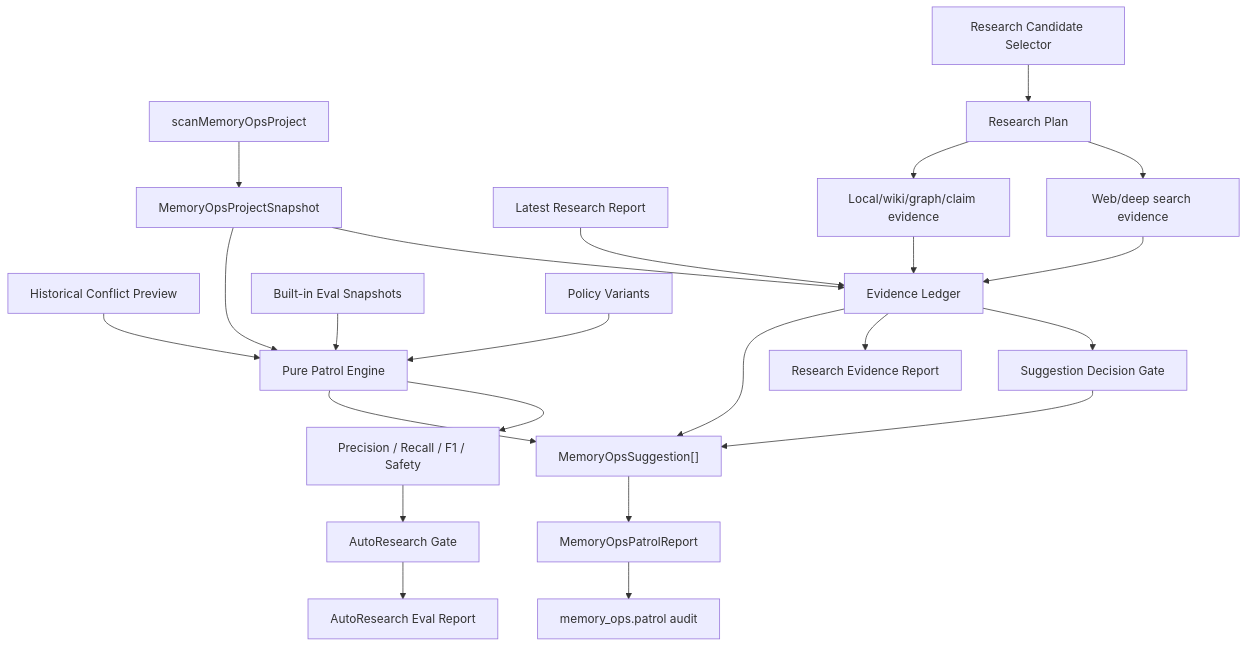
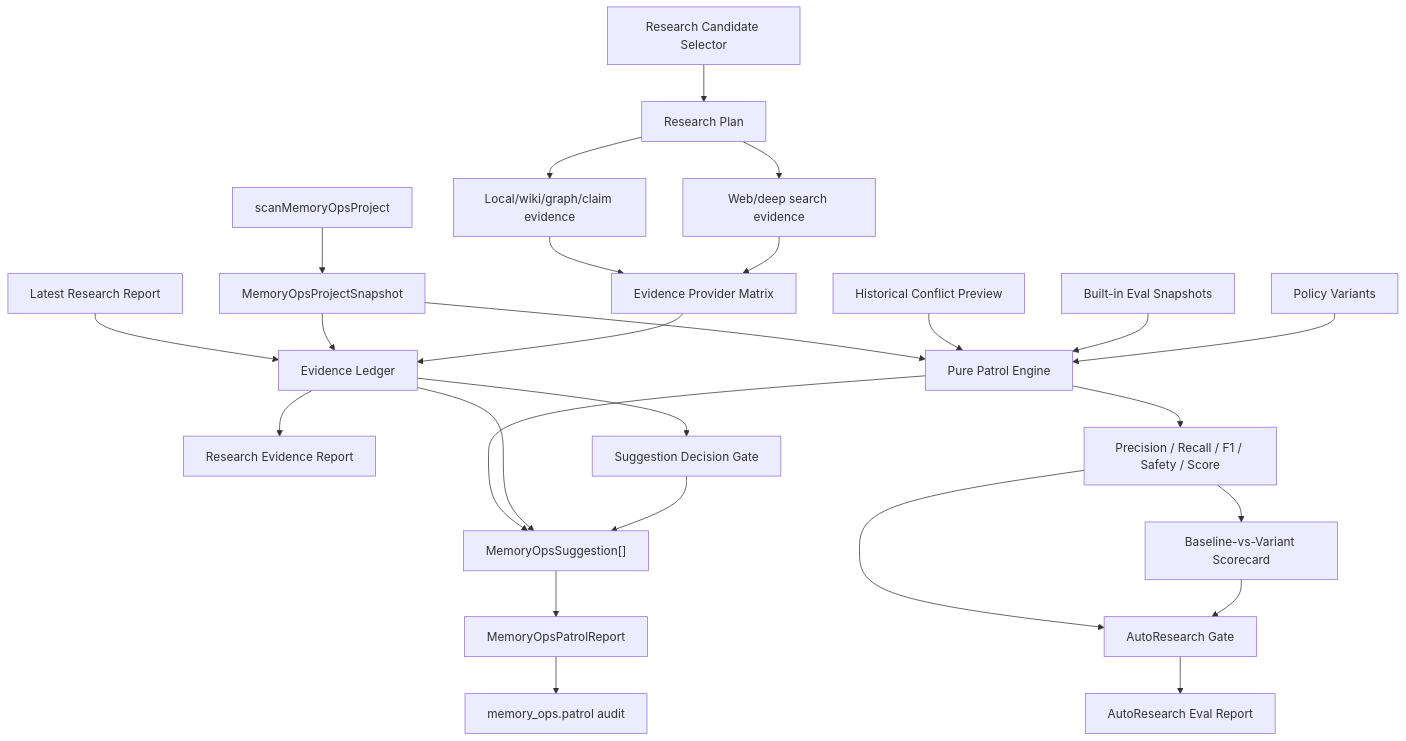
The diagram in docs/memory-ops-deep-research-autoresearch/requirements.md (hammersmith-xie/llm_wiki_v2), drawn with Mermaid before and after one commit. The commit also changed other lines of this file and 20 other files, not shown here.

````diff
--- a/docs/memory-ops-deep-research-autoresearch/requirements.md
+++ b/docs/memory-ops-deep-research-autoresearch/requirements.md
@@ -211,27 +236,30 @@
 ```mermaid
 flowchart TD
   Scan["scanMemoryOpsProject"] --> Snapshot["MemoryOpsProjectSnapshot"]
   Snapshot --> Engine["Pure Patrol Engine"]
   History["Historical Conflict Preview"] --> Engine
   LatestResearch["Latest Research Report"] --> Ledger["Evidence Ledger"]
   Snapshot --> Ledger
   Engine --> Suggestions["MemoryOpsSuggestion[]"]
   Ledger --> Suggestions
   Suggestions --> PatrolReport["MemoryOpsPatrolReport"]
   PatrolReport --> Audit["memory_ops.patrol audit"]
 
   Candidates["Research Candidate Selector"] --> Plan["Research Plan"]
   Plan --> LocalEvidence["Local/wiki/graph/claim evidence"]
   Plan --> WebEvidence["Web/deep search evidence"]
-  LocalEvidence --> Ledger
-  WebEvidence --> Ledger
+  LocalEvidence --> Matrix["Evidence Provider Matrix"]
+  WebEvidence --> Matrix
+  Matrix --> Ledger
   Ledger --> ResearchReport["Research Evidence Report"]
 
   Fixtures["Built-in Eval Snapshots"] --> Engine
   PolicyVariants["Policy Variants"] --> Engine
-  Engine --> EvalMetrics["Precision / Recall / F1 / Safety"]
+  Engine --> EvalMetrics["Precision / Recall / F1 / Safety / Score"]
   EvalMetrics --> EvalGate["AutoResearch Gate"]
+  EvalMetrics --> Scorecard["Baseline-vs-Variant Scorecard"]
+  Scorecard --> EvalGate
   EvalGate --> EvalReport["AutoResearch Eval Report"]
   Ledger --> DecisionGate["Suggestion Decision Gate"]
   DecisionGate --> Suggestions
 ```
````
